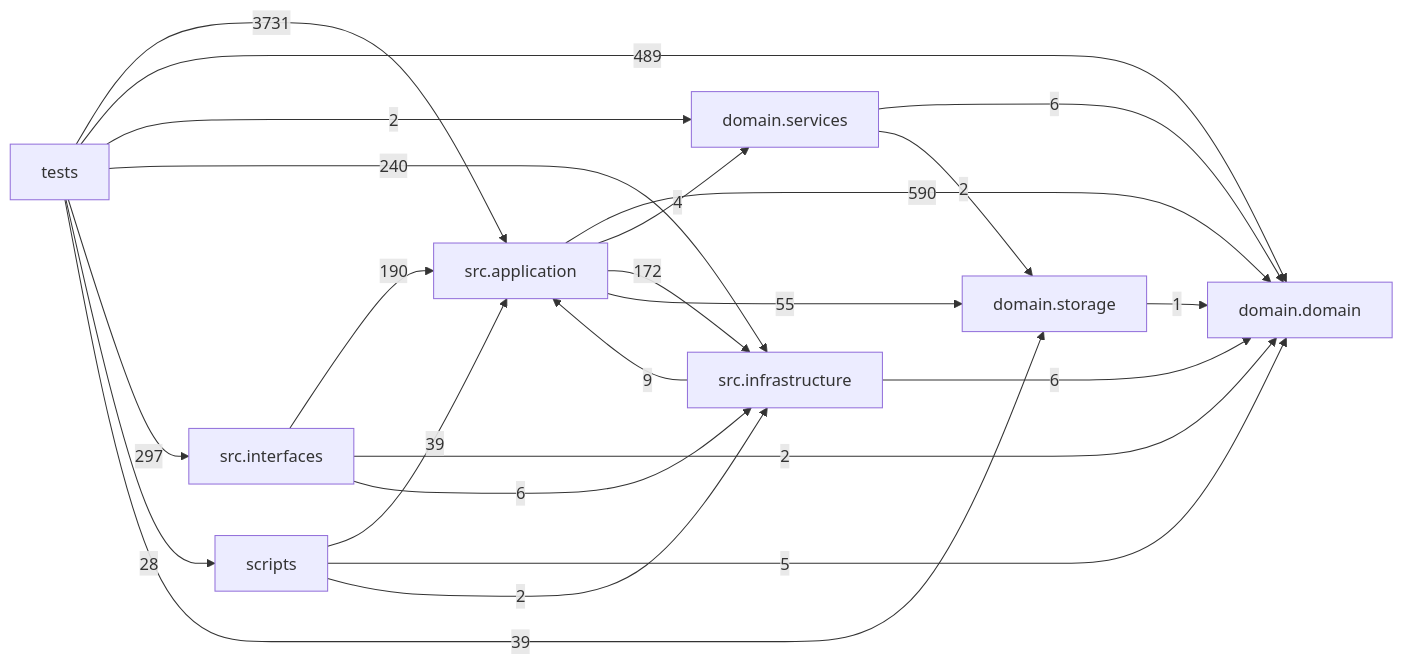
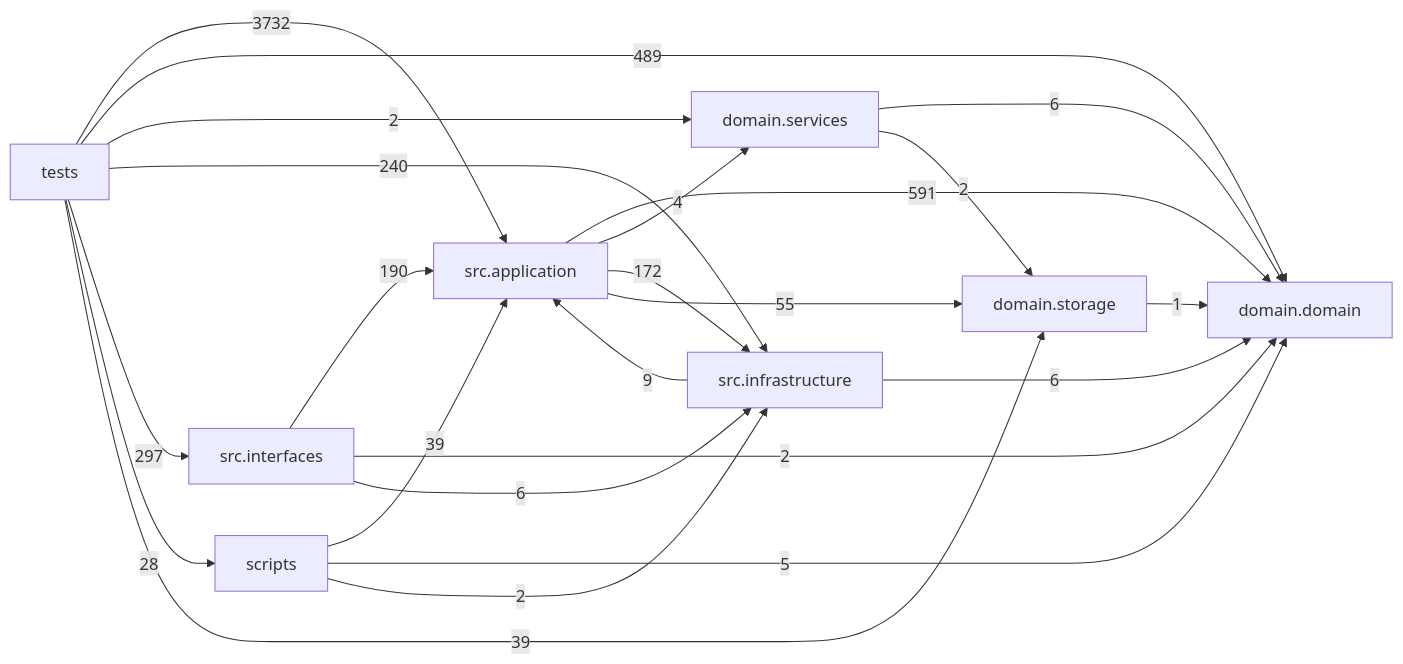
Before and after one commit to liuxie066/options-monitor: the diagram in docs/DEPENDENCY_GRAPH.md, drawn with Mermaid. The commit also changed other lines of this file and 14 other files, not shown here.

````diff
--- a/docs/DEPENDENCY_GRAPH.md
+++ b/docs/DEPENDENCY_GRAPH.md
@@ -24,33 +24,33 @@
 ```mermaid
 flowchart LR
   tests["tests"]
   scripts["scripts"]
   interfaces["src.interfaces"]
   application["src.application"]
   infrastructure["src.infrastructure"]
   domain_services["domain.services"]
   domain["domain.domain"]
   storage["domain.storage"]
-  application -->|590| domain
+  application -->|591| domain
   application -->|4| domain_services
   application -->|172| infrastructure
   application -->|55| storage
   domain_services -->|6| domain
   domain_services -->|2| storage
   infrastructure -->|9| application
   infrastructure -->|6| domain
   interfaces -->|190| application
   interfaces -->|2| domain
   interfaces -->|6| infrastructure
   scripts -->|39| application
   scripts -->|5| domain
   scripts -->|2| infrastructure
   storage -->|1| domain
-  tests -->|3731| application
+  tests -->|3732| application
   tests -->|489| domain
   tests -->|2| domain_services
   tests -->|240| infrastructure
   tests -->|297| interfaces
   tests -->|28| scripts
   tests -->|39| storage
 ```
````
